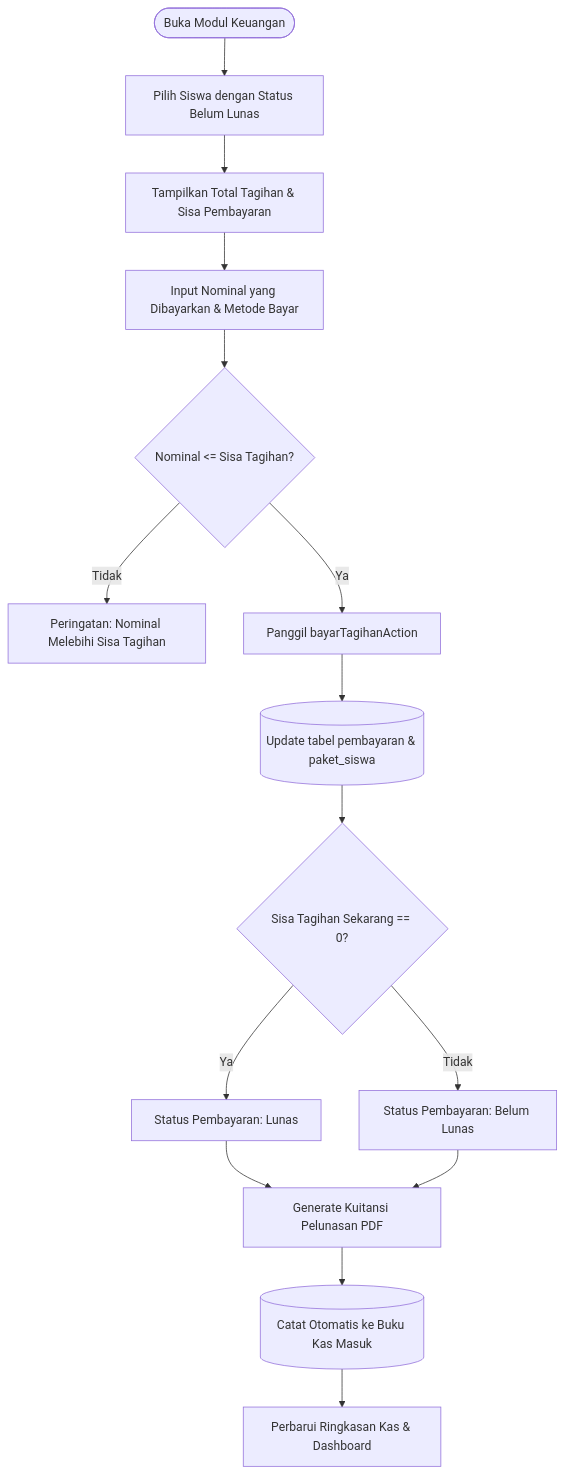
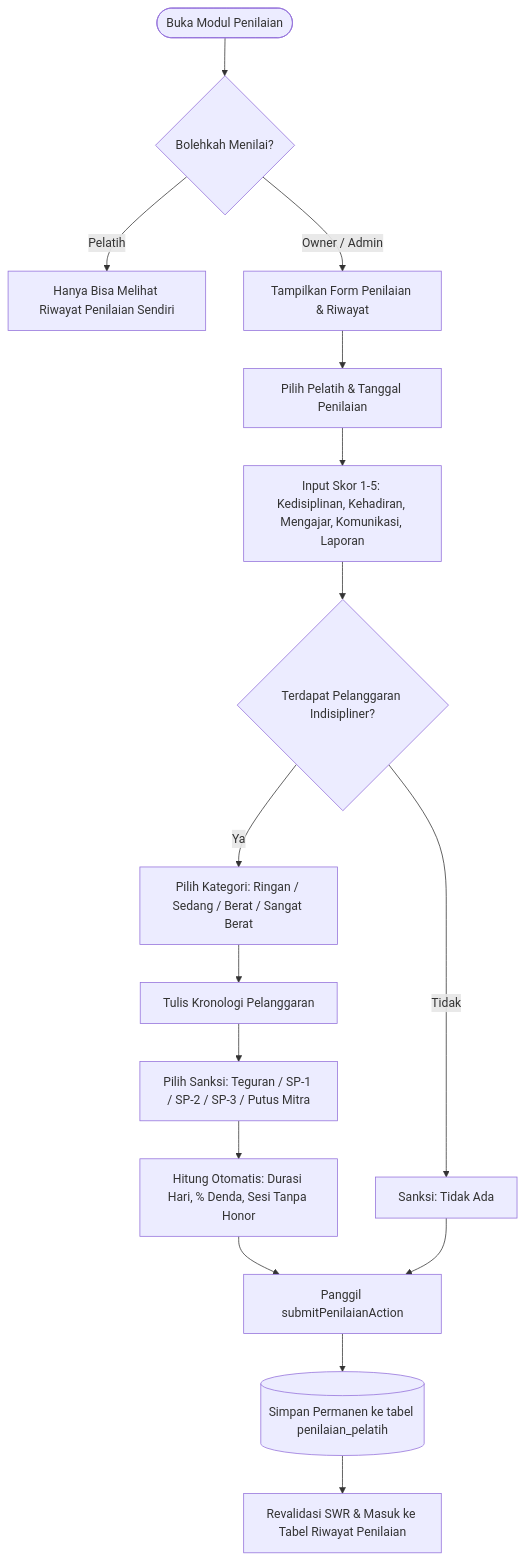
Before and after one commit to skmirwn24-hub/Projek-Kesit: the eighth of 9 diagrams in README.md, drawn with Mermaid. The commit also changed other lines of this file, not shown here.

Commit message:
docs: align flowcharts strictly with implemented features

````diff
--- a/README.md
+++ b/README.md
@@ -351,21 +368,23 @@
 ```mermaid
 flowchart TD
-    Start([Buka Modul Keuangan]) --> PickPendingStudent[Pilih Siswa dengan Status Belum Lunas]
-    PickPendingStudent --> ShowBillInfo[Tampilkan Total Tagihan & Sisa Pembayaran]
-    ShowBillInfo --> InputPayAmount[Input Nominal yang Dibayarkan & Metode Bayar]
+    Start([Buka Modul Penilaian]) --> CheckAccess{Bolehkah Menilai?}
+    CheckAccess -->|Pelatih| ReadOnlyHistory[Hanya Bisa Melihat Riwayat Penilaian Sendiri]
+    CheckAccess -->|Owner / Admin| ShowForm[Tampilkan Form Penilaian & Riwayat]
     
-    InputPayAmount --> ValidateNominal{Nominal <= Sisa Tagihan?}
-    ValidateNominal -- Tidak --> AlertOverpay[Peringatan: Nominal Melebihi Sisa Tagihan]
-    ValidateNominal -- Ya --> ProcessPayment[Panggil bayarTagihanAction]
+    ShowForm --> SelectTarget[Pilih Pelatih & Tanggal Penilaian]
+    SelectTarget --> Rate5KPI[Input Skor 1-5: Kedisiplinan, Kehadiran, Mengajar, Komunikasi, Laporan]
+    Rate5KPI --> ViolationCheck{Terdapat Pelanggaran Indisipliner?}
     
-    ProcessPayment --> UpdateDB[(Update tabel pembayaran & paket_siswa)]
-    UpdateDB --> CheckPaidOff{Sisa Tagihan Sekarang == 0?}
+    ViolationCheck -- Ya --> PickViolation[Pilih Kategori: Ringan / Sedang / Berat / Sangat Berat]
+    PickViolation --> InputChronology[Tulis Kronologi Pelanggaran]
+    InputChronology --> DecideSanction[Pilih Sanksi: Teguran / SP-1 / SP-2 / SP-3 / Putus Mitra]
+    DecideSanction --> AutoCalcSanction[Hitung Otomatis: Durasi Hari, % Denda, Sesi Tanpa Honor]
     
-    CheckPaidOff -- Ya --> SetPaidOff[Status Pembayaran: Lunas]
-    CheckPaidOff -- Tidak --> SetPartiallyPaid[Status Pembayaran: Belum Lunas]
+    ViolationCheck -- Tidak --> NoSanction[Sanksi: Tidak Ada]
     
-    SetPaidOff --> CreateReceiptPDF[Generate Kuitansi Pelunasan PDF]
-    SetPartiallyPaid --> CreateReceiptPDF
-    CreateReceiptPDF --> PostToCashLedger[(Catat Otomatis ke Buku Kas Masuk)]
-    PostToCashLedger --> UpdateFinancialDashboard[Perbarui Ringkasan Kas & Dashboard]
+    AutoCalcSanction --> SaveRating[Panggil submitPenilaianAction]
+    NoSanction --> SaveRating
+    
+    SaveRating --> SaveRatingDB[(Simpan Permanen ke tabel penilaian_pelatih)]
+    SaveRatingDB --> RefreshRatingUI[Revalidasi SWR & Masuk ke Tabel Riwayat Penilaian]
 ```
````
